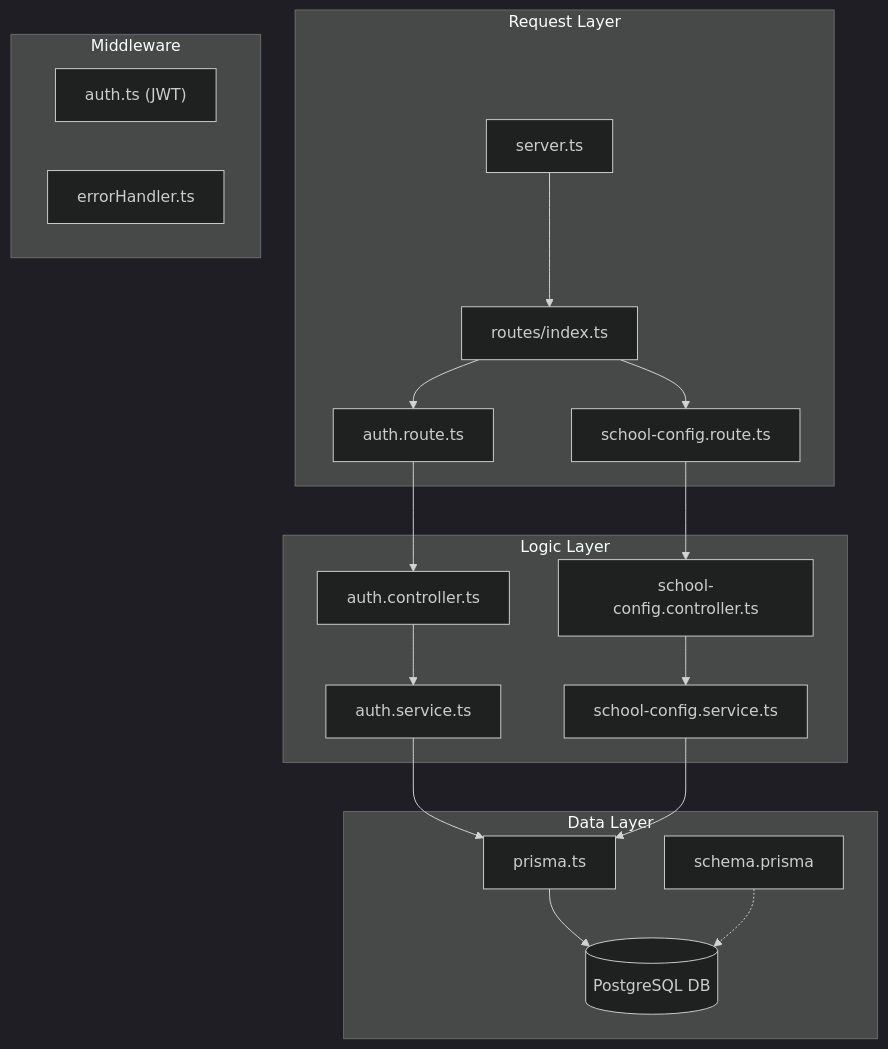
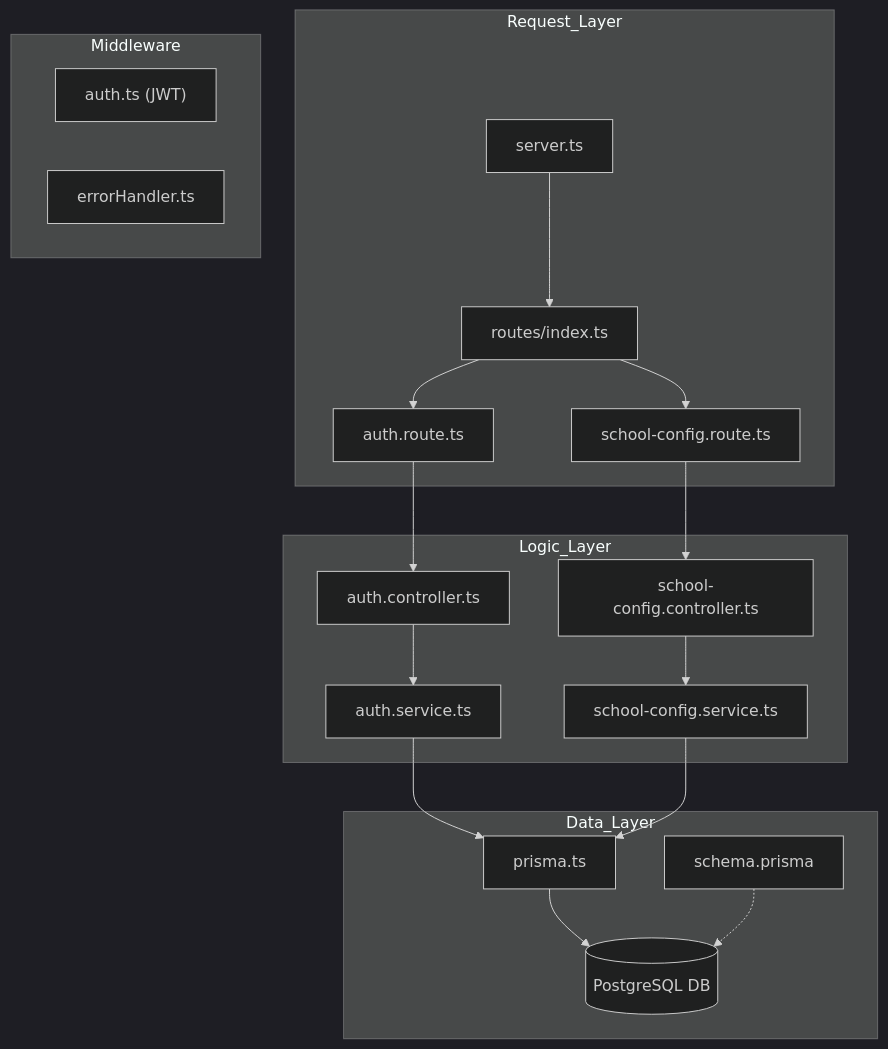
One commit to Delta-Polder-Indonesia/siakad-sekolah changed the third of 24 diagrams in README.md. Above: the diagram before and after it, drawn with Mermaid (dark theme). The commit also changed other lines of this file and 13 other files, not shown here.

````diff
--- a/README.md
+++ b/README.md
@@ -411,27 +411,27 @@
 ```mermaid
 graph TD
-    subgraph "Request Layer"
+    subgraph Request_Layer
         A["server.ts"] --> B["routes/index.ts"]
         B --> C["auth.route.ts"]
         B --> D["school-config.route.ts"]
     end
 
-    subgraph "Logic Layer"
+    subgraph Logic_Layer
         C --> E["auth.controller.ts"]
         E --> F["auth.service.ts"]
         D --> G["school-config.controller.ts"]
         G --> H["school-config.service.ts"]
     end
 
-    subgraph "Data Layer"
+    subgraph Data_Layer
         F --> I["prisma.ts"]
         H --> I
         I --> J[("PostgreSQL DB")]
         K["schema.prisma"] -.-> J
     end
 
-    subgraph "Middleware"
+    subgraph Middleware
         L["auth.ts (JWT)"]
         M["errorHandler.ts"]
     end
 ```
````
